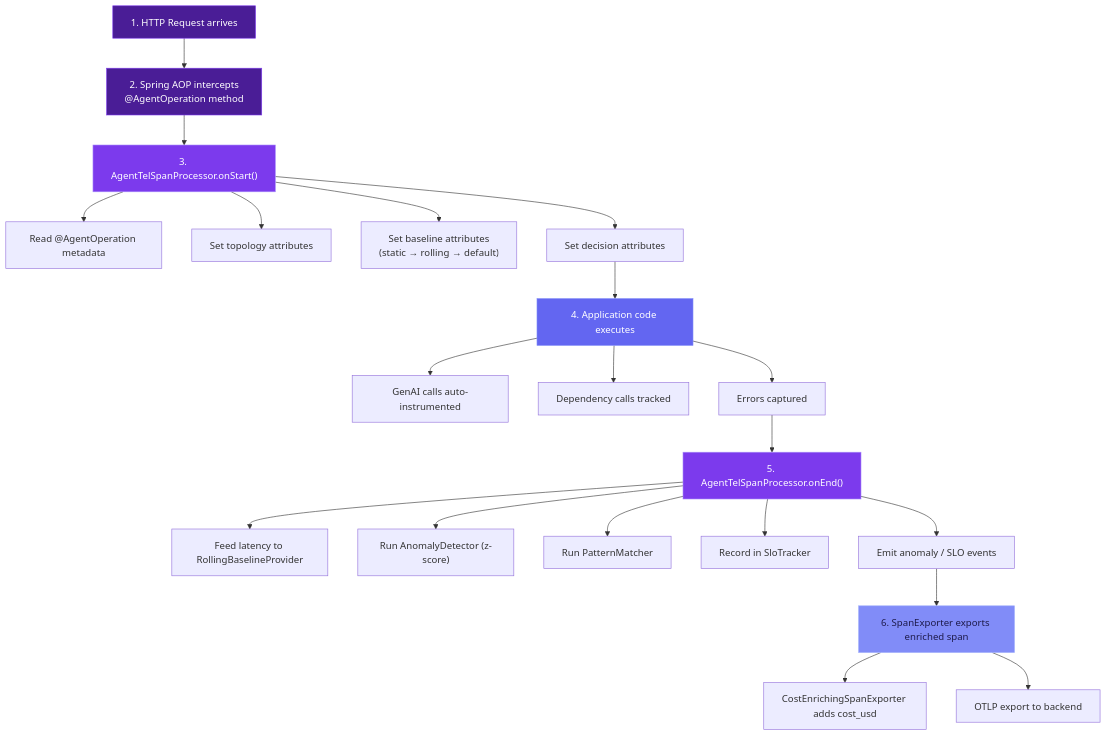
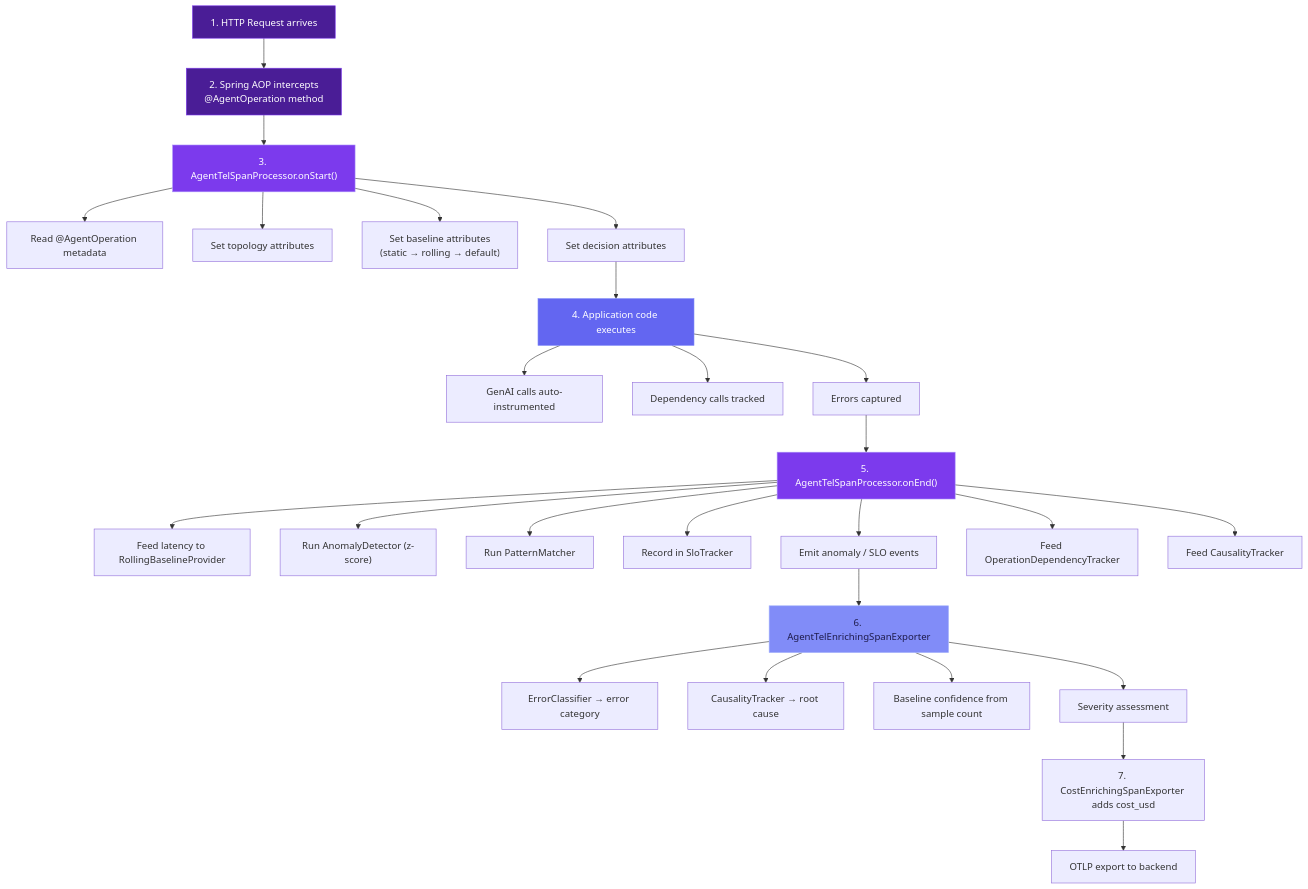
One commit to rrohitramsen/AgentTel changed the third of 6 diagrams in docs/03-ARCHITECTURE.md. Above: the diagram before and after it, drawn with Mermaid. The commit also changed other lines of this file and 38 other files, not shown here.

````diff
--- a/docs/03-ARCHITECTURE.md
+++ b/docs/03-ARCHITECTURE.md
@@ -339,29 +347,35 @@
 ```mermaid
 flowchart TD
     A["1. HTTP Request arrives"] --> B["2. Spring AOP intercepts<br/>@AgentOperation method"]
     B --> C["3. AgentTelSpanProcessor.onStart()"]
     C --> C1["Read @AgentOperation metadata"]
     C --> C2["Set topology attributes"]
     C --> C3["Set baseline attributes<br/>(static → rolling → default)"]
     C --> C4["Set decision attributes"]
     C4 --> D["4. Application code executes"]
     D --> D1["GenAI calls auto-instrumented"]
     D --> D2["Dependency calls tracked"]
     D --> D3["Errors captured"]
     D3 --> E["5. AgentTelSpanProcessor.onEnd()"]
     E --> E1["Feed latency to RollingBaselineProvider"]
     E --> E2["Run AnomalyDetector (z-score)"]
     E --> E3["Run PatternMatcher"]
     E --> E4["Record in SloTracker"]
     E --> E5["Emit anomaly / SLO events"]
-    E5 --> F["6. SpanExporter exports enriched span"]
-    F --> F1["CostEnrichingSpanExporter adds cost_usd"]
-    F --> F2["OTLP export to backend"]
+    E --> E6["Feed OperationDependencyTracker"]
+    E --> E7["Feed CausalityTracker"]
+    E5 --> F["6. AgentTelEnrichingSpanExporter"]
+    F --> F0["ErrorClassifier → error category"]
+    F --> F1["CausalityTracker → root cause"]
+    F --> F2["Baseline confidence from sample count"]
+    F --> F3["Severity assessment"]
+    F3 --> G["7. CostEnrichingSpanExporter adds cost_usd"]
+    G --> G1["OTLP export to backend"]
 
     style A fill:#4a1d96,stroke:#7c3aed,color:#fff
     style B fill:#4a1d96,stroke:#7c3aed,color:#fff
     style C fill:#7c3aed,stroke:#a78bfa,color:#fff
     style D fill:#6366f1,stroke:#818cf8,color:#fff
     style E fill:#7c3aed,stroke:#a78bfa,color:#fff
     style F fill:#818cf8,stroke:#a5b4fc,color:#1e1b4b
 ```
````
